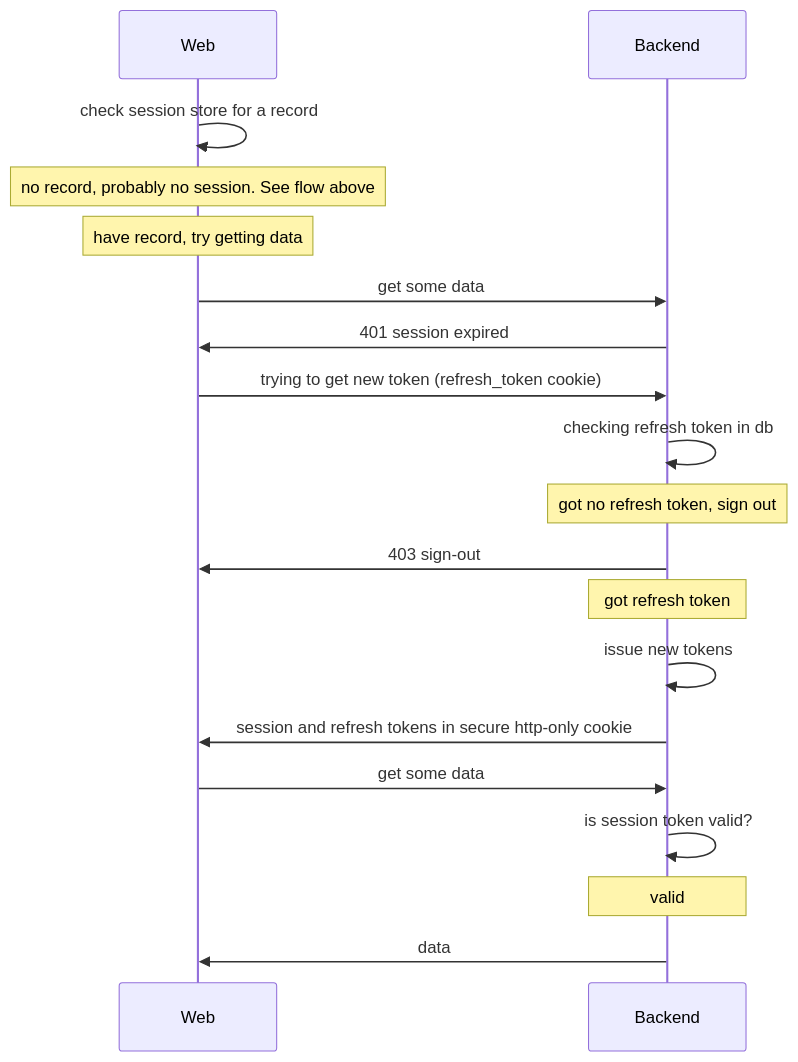
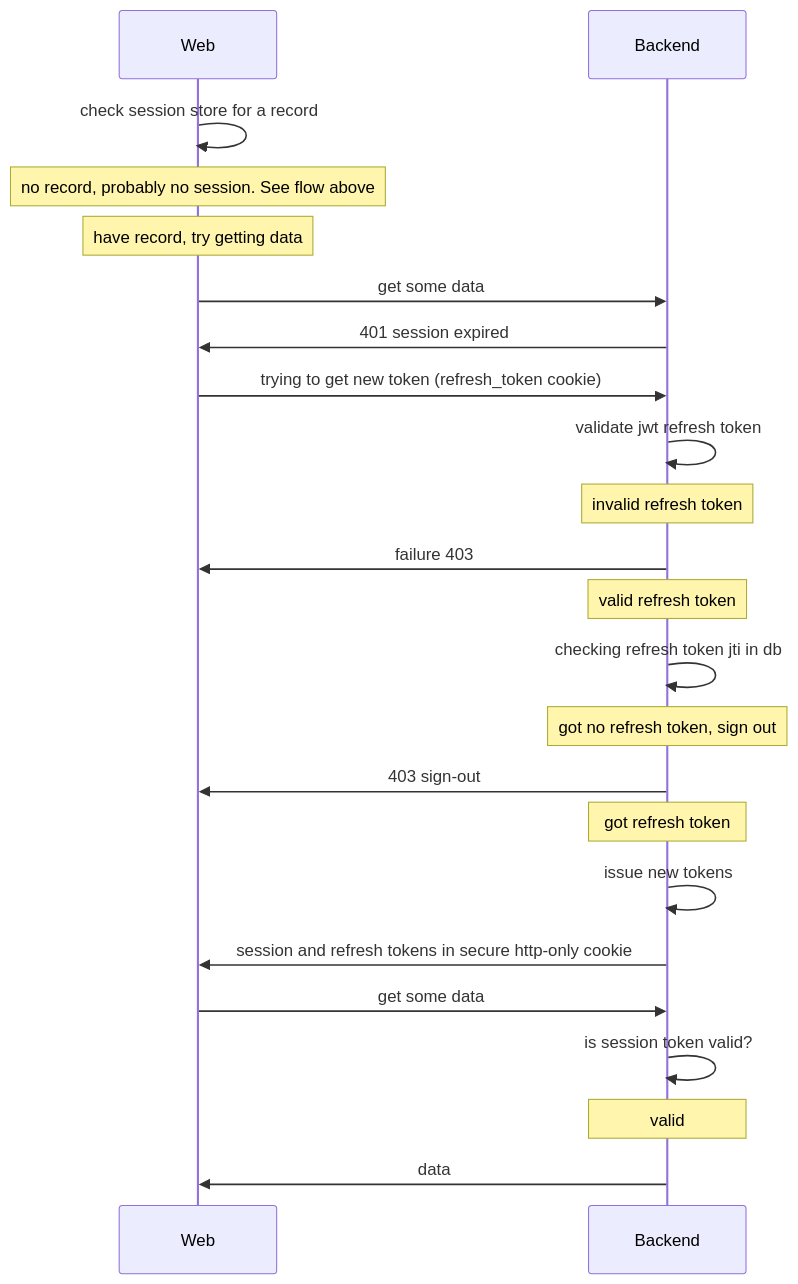
Before and after one commit to amg/fitness-tracker: the second of 2 diagrams in docs/ADR-001-authentication.md, drawn with Mermaid. The commit also changed other lines of this file and 15 other files, not shown here.

```diff
--- a/docs/ADR-001-authentication.md
+++ b/docs/ADR-001-authentication.md
@@ -54,22 +59,26 @@
 ::: mermaid
 sequenceDiagram
     participant Web
     participant Backend
 
     Web->>Web: check session store for a record
     Note over Web: no record, probably no session. See flow above
     Note over Web: have record, try getting data
     Web->>Backend: get some data
     Backend->>Web: 401 session expired
     Web->>Backend: trying to get new token (refresh_token cookie)
-    Backend->>Backend: checking refresh token in db
+    Backend->>Backend: validate jwt refresh token
+    Note over Backend: invalid refresh token
+    Backend->>Web: failure 403
+    Note over Backend: valid refresh token
+    Backend->>Backend: checking refresh token jti in db
     Note over Backend: got no refresh token, sign out
     Backend->>Web: 403 sign-out
     Note over Backend: got refresh token
     Backend->>Backend: issue new tokens
     Backend->>Web: session and refresh tokens in secure http-only cookie
     Web->>Backend: get some data
     Backend->>Backend: is session token valid?
     Note over Backend: valid
     Backend->>Web: data
 :::
```
